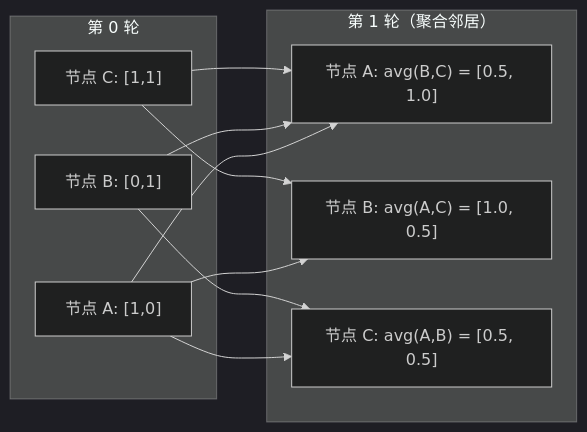
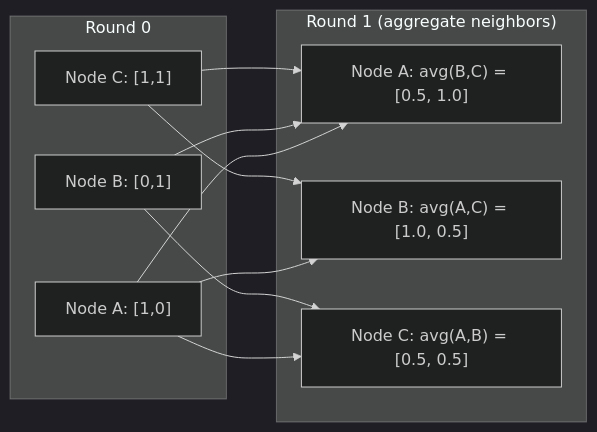
One commit to xiaojiaenen/ai-engineering-from-scratch-zh changed the second of 2 diagrams in i18n/zh/phases/01-math-foundations/21-graph-theory/docs/zh.md. Above: the diagram before and after it, drawn with Mermaid (dark theme). The commit also changed other lines of this file and 22 other files, not shown here.

````diff
--- a/i18n/zh/phases/01-math-foundations/21-graph-theory/docs/zh.md
+++ b/i18n/zh/phases/01-math-foundations/21-graph-theory/docs/zh.md
@@ -210,20 +210,20 @@
 ```mermaid
 graph LR
-    subgraph "第 0 轮"
-        A0["节点 A: [1,0]"]
-        B0["节点 B: [0,1]"]
-        C0["节点 C: [1,1]"]
+    subgraph "Round 0"
+        A0["Node A: [1,0]"]
+        B0["Node B: [0,1]"]
+        C0["Node C: [1,1]"]
     end
-    subgraph "第 1 轮（聚合邻居）"
-        A1["节点 A: avg(B,C) = [0.5, 1.0]"]
-        B1["节点 B: avg(A,C) = [1.0, 0.5]"]
-        C1["节点 C: avg(A,B) = [0.5, 0.5]"]
+    subgraph "Round 1 (aggregate neighbors)"
+        A1["Node A: avg(B,C) = [0.5, 1.0]"]
+        B1["Node B: avg(A,C) = [1.0, 0.5]"]
+        C1["Node C: avg(A,B) = [0.5, 0.5]"]
     end
     A0 --> A1
     B0 --> A1
     C0 --> A1
     A0 --> B1
     C0 --> B1
     A0 --> C1
     B0 --> C1
 ```
````
